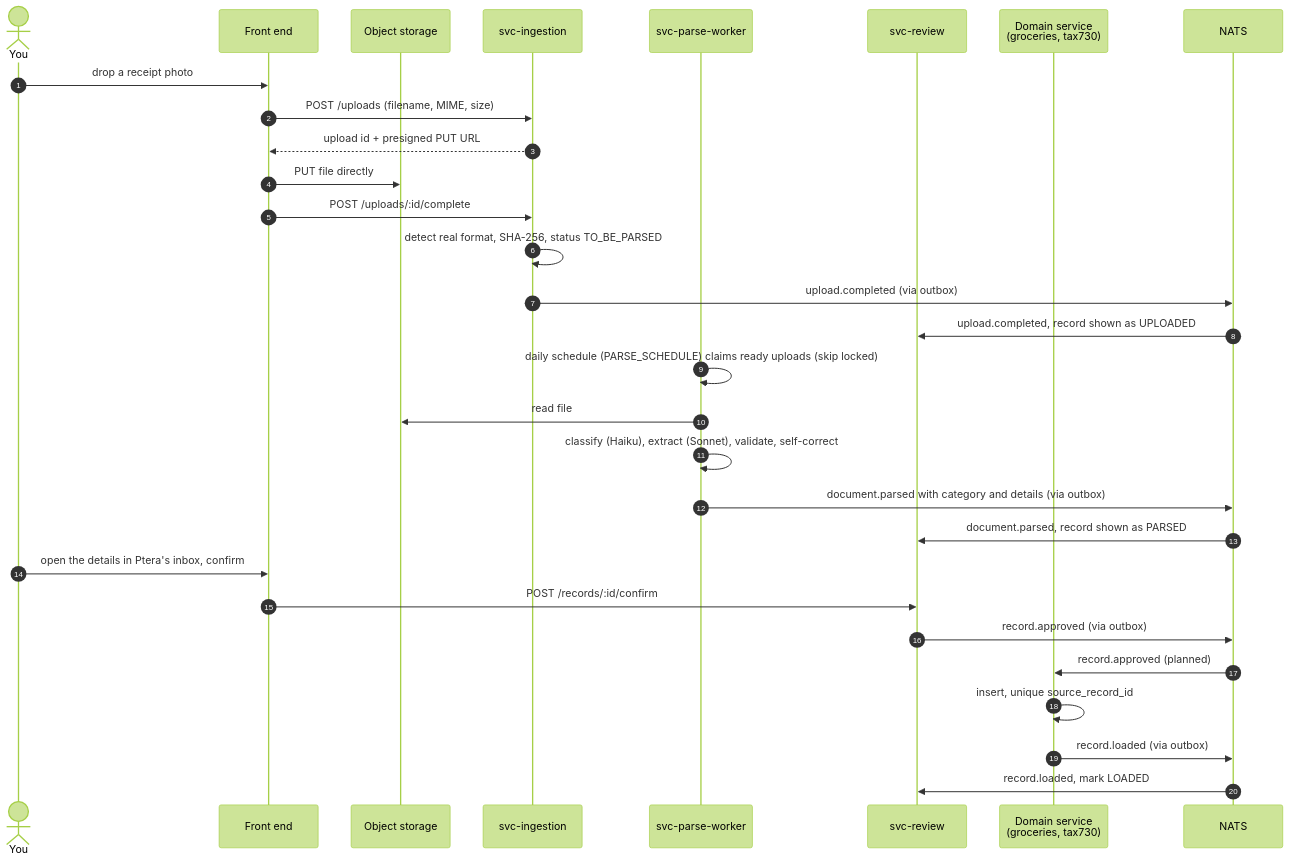
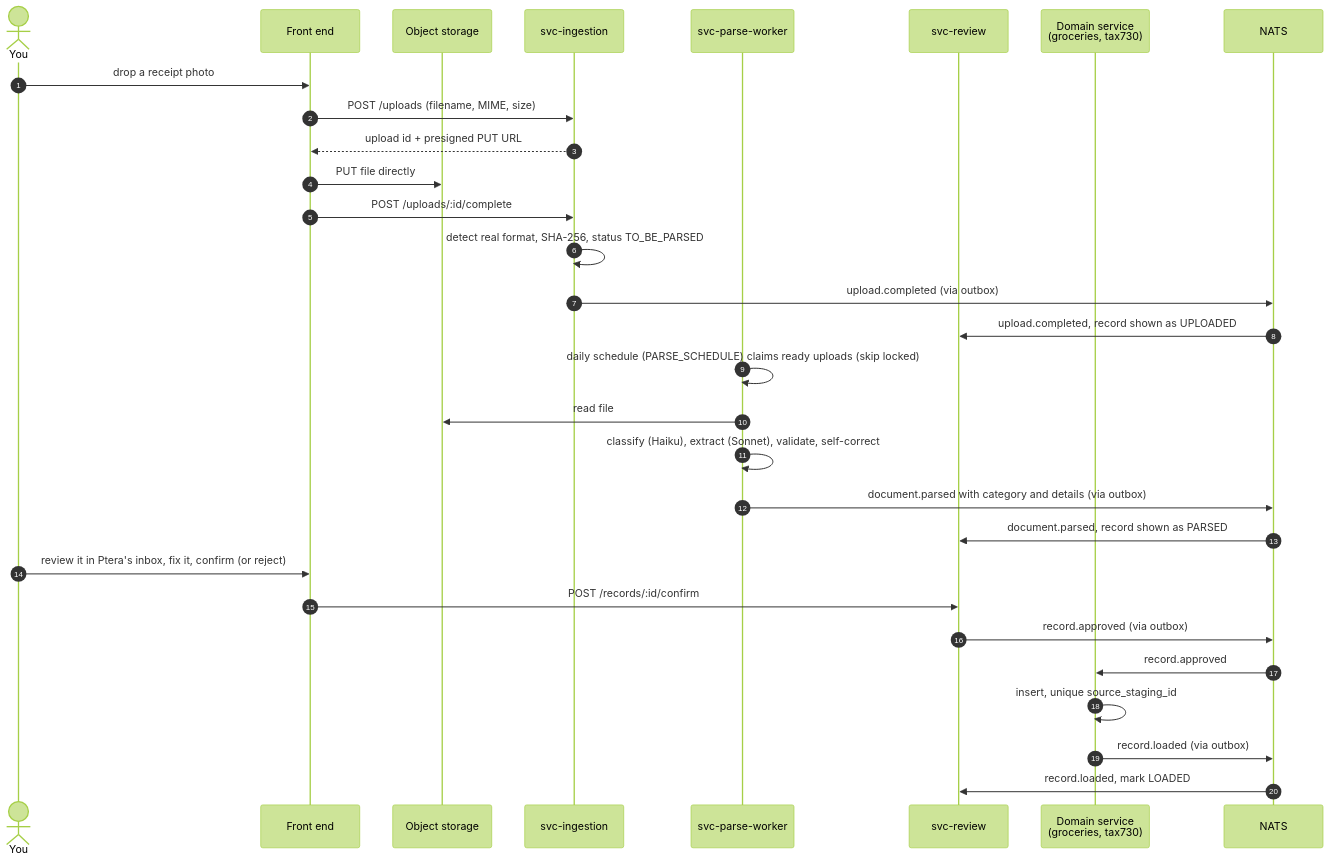
One commit to albertoscandolara/life-island changed the second of 2 diagrams in docs/overview.md. Above: the diagram before and after it, drawn with Mermaid (forest theme). The commit also changed other lines of this file and 3 other files, not shown here.

First line of the commit message:
Docs: review panel, reject/delete/retarget, Parse now, domain services, gateway sign-in

````diff
--- a/docs/overview.md
+++ b/docs/overview.md
@@ -71,33 +71,33 @@
 ```mermaid
 sequenceDiagram
   autonumber
   actor You
   participant FE as Front end
   participant S3 as Object storage
   participant ING as svc-ingestion
   participant W as svc-parse-worker
   participant REV as svc-review
   participant DOM as Domain service<br/>(groceries, tax730)
   participant N as NATS
 
   You->>FE: drop a receipt photo
   FE->>ING: POST /uploads (filename, MIME, size)
   ING-->>FE: upload id + presigned PUT URL
   FE->>S3: PUT file directly
   FE->>ING: POST /uploads/:id/complete
   ING->>ING: detect real format, SHA-256, status TO_BE_PARSED
   ING->>N: upload.completed (via outbox)
   N->>REV: upload.completed, record shown as UPLOADED
   W->>W: daily schedule (PARSE_SCHEDULE) claims ready uploads (skip locked)
   W->>S3: read file
   W->>W: classify (Haiku), extract (Sonnet), validate, self-correct
   W->>N: document.parsed with category and details (via outbox)
   N->>REV: document.parsed, record shown as PARSED
-  You->>FE: open the details in Ptera's inbox, confirm
+  You->>FE: review it in Ptera's inbox, fix it, confirm (or reject)
   FE->>REV: POST /records/:id/confirm
   REV->>N: record.approved (via outbox)
-  N->>DOM: record.approved (planned)
-  DOM->>DOM: insert, unique source_record_id
+  N->>DOM: record.approved
+  DOM->>DOM: insert, unique source_staging_id
   DOM->>N: record.loaded (via outbox)
   N->>REV: record.loaded, mark LOADED
 ```
````
